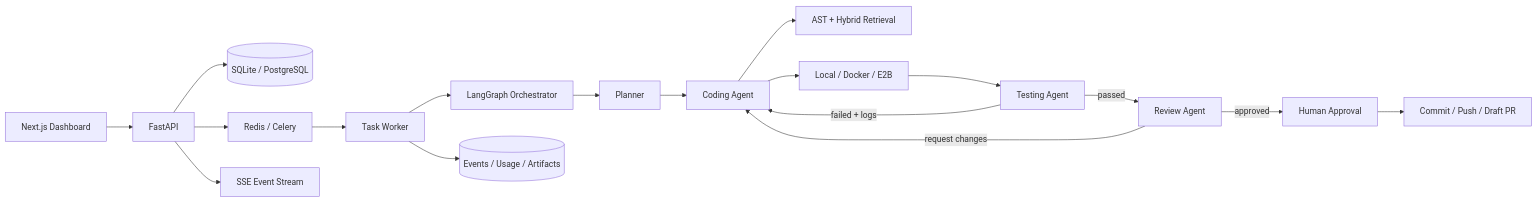
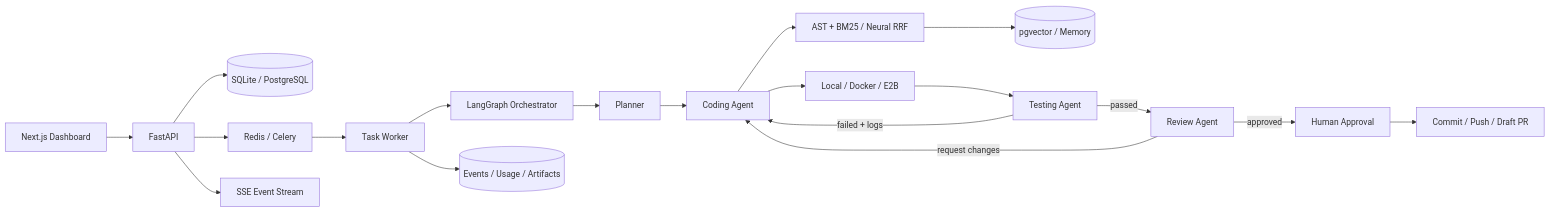
Before and after one commit to azaq-q/autonomous-swe-agent: the diagram in README.md, drawn with Mermaid. The commit also changed other lines of this file and 31 other files, not shown here.

First line of the commit message:
feat: complete phase 3 persistent neural code retrieval (#4)

````diff
--- a/README.md
+++ b/README.md
@@ -43,20 +44,21 @@
 ```mermaid
 flowchart LR
     UI[Next.js Dashboard] --> API[FastAPI]
     API --> DB[(SQLite / PostgreSQL)]
     API --> Queue[Redis / Celery]
     API --> SSE[SSE Event Stream]
     Queue --> Worker[Task Worker]
     Worker --> Graph[LangGraph Orchestrator]
     Graph --> Planner
     Planner --> Coding[Coding Agent]
-    Coding --> Search[AST + Hybrid Retrieval]
+    Coding --> Search[AST + BM25 / Neural RRF]
+    Search --> VectorDB[(pgvector / Memory)]
     Coding --> Sandbox[Local / Docker / E2B]
     Sandbox --> Testing[Testing Agent]
     Testing -->|failed + logs| Coding
     Testing -->|passed| Review[Review Agent]
     Review -->|request changes| Coding
     Review -->|approved| Human[Human Approval]
     Human --> Publisher[Commit / Push / Draft PR]
     Worker --> Events[(Events / Usage / Artifacts)]
 ```
````
